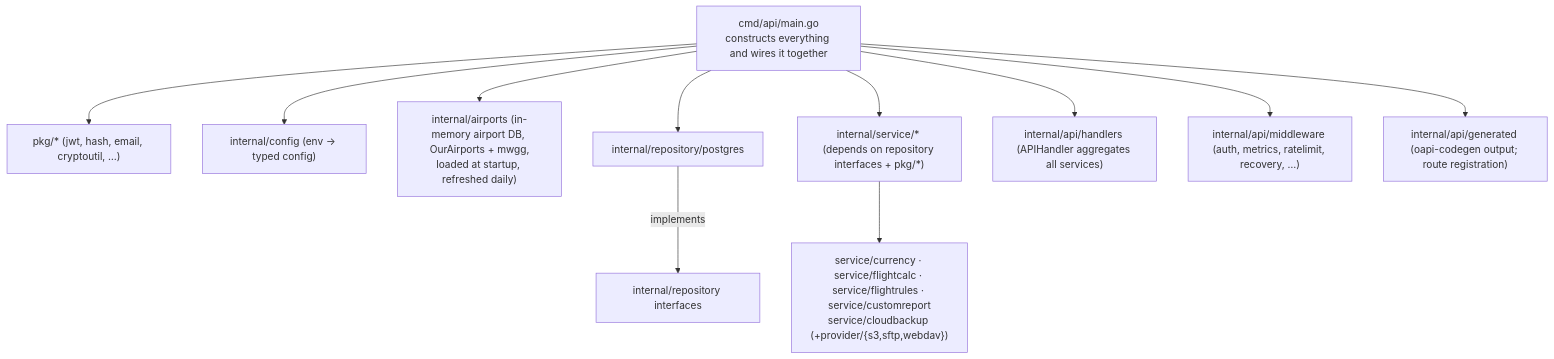
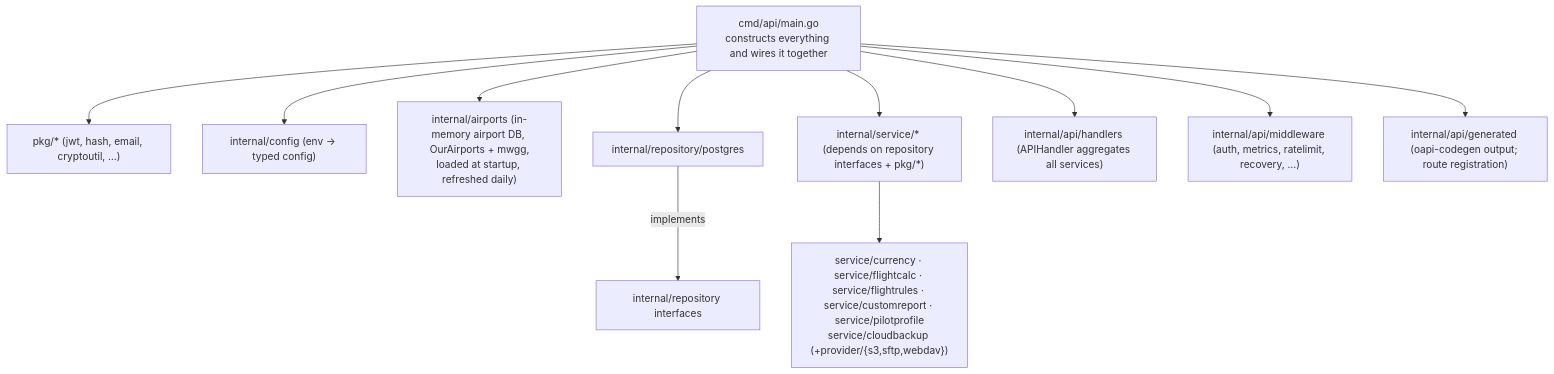
Before and after one commit to fjaeckel/ninerlog-api: the third of 3 diagrams in docs/ARCHITECTURE.md, drawn with Mermaid. The commit also changed other lines of this file and 46 other files, not shown here.

````diff
--- a/docs/ARCHITECTURE.md
+++ b/docs/ARCHITECTURE.md
@@ -63,15 +63,15 @@
 ```mermaid
 flowchart TD
     MAIN["cmd/api/main.go<br/>constructs everything and wires it together"]
     MAIN --> PKG["pkg/* (jwt, hash, email, cryptoutil, …)"]
     MAIN --> CFG["internal/config (env → typed config)"]
     MAIN --> AIR["internal/airports (in-memory airport DB, OurAirports + mwgg,<br/>loaded at startup, refreshed daily)"]
     MAIN --> PG["internal/repository/postgres"]
     MAIN --> SVC["internal/service/* (depends on repository interfaces + pkg/*)"]
     MAIN --> HND["internal/api/handlers (APIHandler aggregates all services)"]
     MAIN --> MW["internal/api/middleware (auth, metrics, ratelimit, recovery, …)"]
     MAIN --> GEN["internal/api/generated (oapi-codegen output; route registration)"]
 
     PG -->|implements| REPO["internal/repository interfaces"]
-    SVC --> SUB["service/currency · service/flightcalc · service/flightrules · service/customreport<br/>service/cloudbackup (+provider/{s3,sftp,webdav})"]
+    SVC --> SUB["service/currency · service/flightcalc · service/flightrules · service/customreport · service/pilotprofile<br/>service/cloudbackup (+provider/{s3,sftp,webdav})"]
 ```
````
